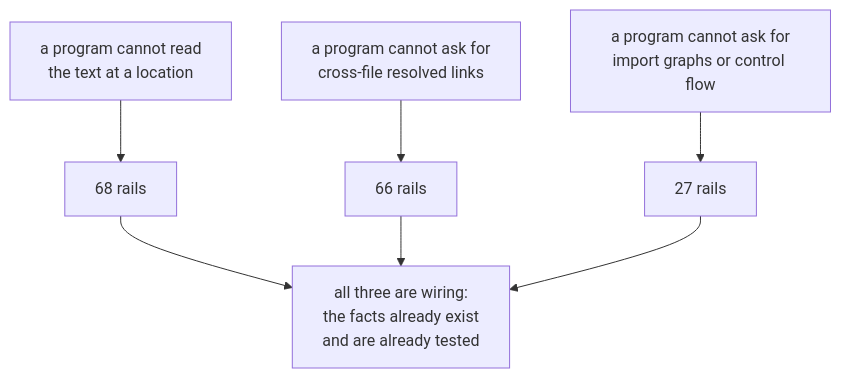
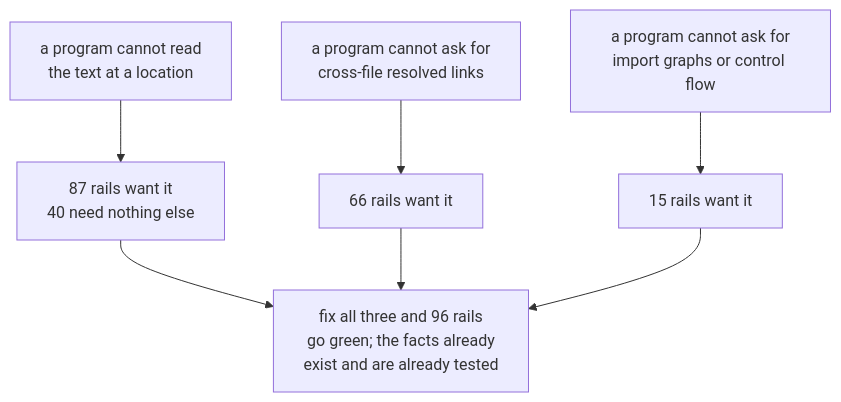
Before and after one commit to hafley66/sprefa: the seventh of 7 diagrams in plans/2026-08-21-v5-retirement.PLAN.visual.human.unga.md, drawn with Mermaid. The commit also changed other lines of this file and 2 other files, not shown here.

Commit message:
docs: re-measure the rail blocker counts over the blocked set
The blocker frequency table counted every .dl file; it now counts only the 148
that carry a blocker, and the unblock claims are split into "touches" (rails
that name the construct) and "frees alone" (rails that go green when that one
gap closes). The text door touches 87 and frees 40; the resolve and scip doors
touch 66 and free 0 on their own; all three together free 96.

````diff
--- a/plans/2026-08-21-v5-retirement.PLAN.visual.human.unga.md
+++ b/plans/2026-08-21-v5-retirement.PLAN.visual.human.unga.md
@@ -151,9 +151,9 @@
 ```mermaid
 flowchart TD
-    G1[a program cannot read<br/>the text at a location] --> R1[68 rails]
-    G2[a program cannot ask for<br/>cross-file resolved links] --> R2[66 rails]
-    G3[a program cannot ask for<br/>import graphs or control flow] --> R3[27 rails]
-    R1 --> W[all three are wiring:<br/>the facts already exist<br/>and are already tested]
+    G1[a program cannot read<br/>the text at a location] --> R1[87 rails want it<br/>40 need nothing else]
+    G2[a program cannot ask for<br/>cross-file resolved links] --> R2[66 rails want it]
+    G3[a program cannot ask for<br/>import graphs or control flow] --> R3[15 rails want it]
+    R1 --> W[fix all three and 96 rails<br/>go green; the facts already<br/>exist and are already tested]
     R2 --> W
     R3 --> W
 ```
````
